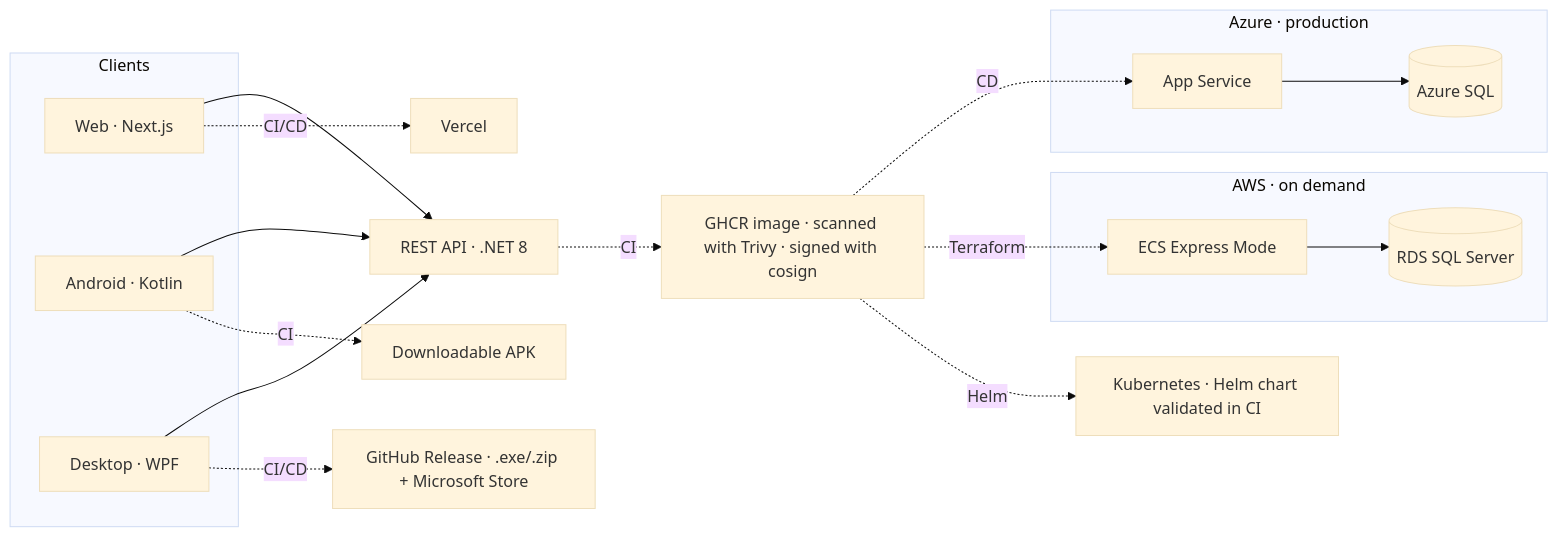
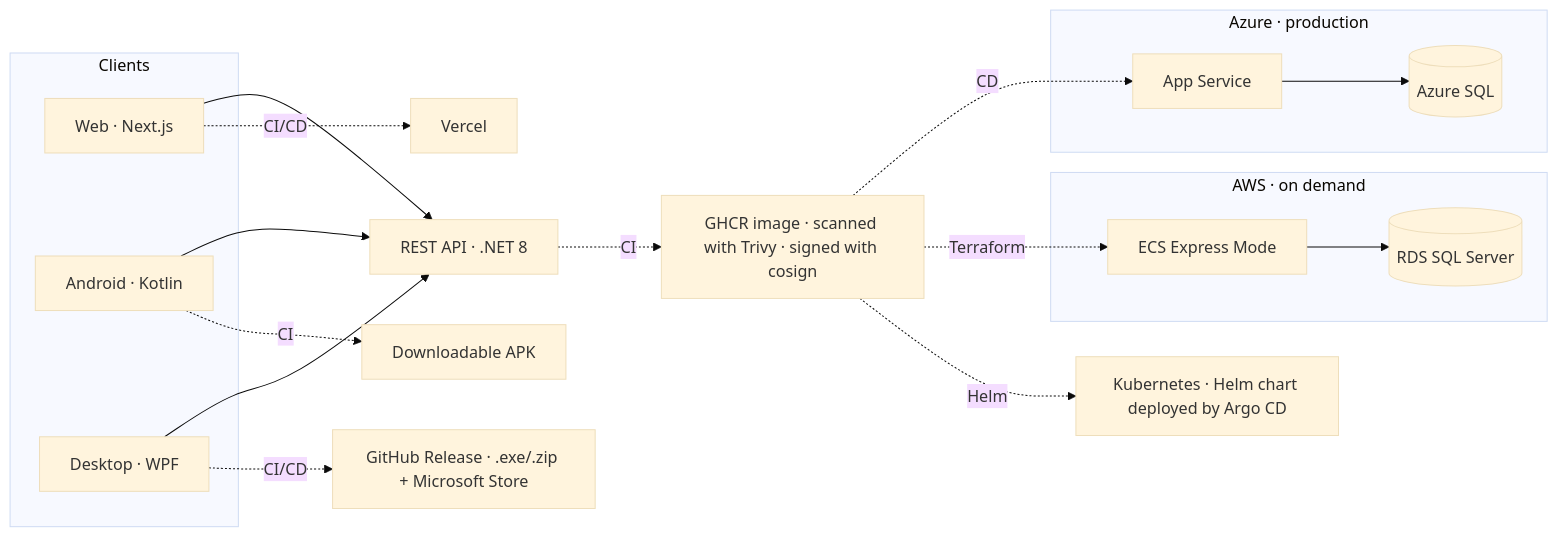
Before and after one commit to antonicr1986/antonicr1986: the first of 2 diagrams in README.md, drawn with Mermaid (base theme). The commit also changed other lines of this file, not shown here.

Commit message:
docs: add GitOps with Argo CD to Kubernetes experience

````diff
--- a/README.md
+++ b/README.md
@@ -55,34 +55,34 @@
 ```mermaid
 flowchart LR
     subgraph Clients
         WEB[Web · Next.js]
         AND[Android · Kotlin]
         DESK[Desktop · WPF]
     end
 
     API[REST API · .NET 8]
 
     subgraph AZURE[Azure · production]
         AZ[App Service]
         DB[(Azure SQL)]
     end
 
     subgraph AWSC[AWS · on demand]
         ECS[ECS Express Mode]
         RDS[(RDS SQL Server)]
     end
 
     WEB --> API
     AND --> API
     DESK --> API
     AZ --> DB
     ECS --> RDS
 
     API -. CI .-> GHCR[GHCR image · scanned with Trivy · signed with cosign]
     GHCR -. CD .-> AZ
     GHCR -. Terraform .-> ECS
     WEB -. CI/CD .-> VER[Vercel]
     AND -. CI .-> APK[Downloadable APK]
     DESK -. CI/CD .-> REL[GitHub Release · .exe/.zip + Microsoft Store]
-    GHCR -. Helm .-> K8S[Kubernetes · Helm chart validated in CI]
+    GHCR -. Helm .-> K8S[Kubernetes · Helm chart deployed by Argo CD]
 ```
````
